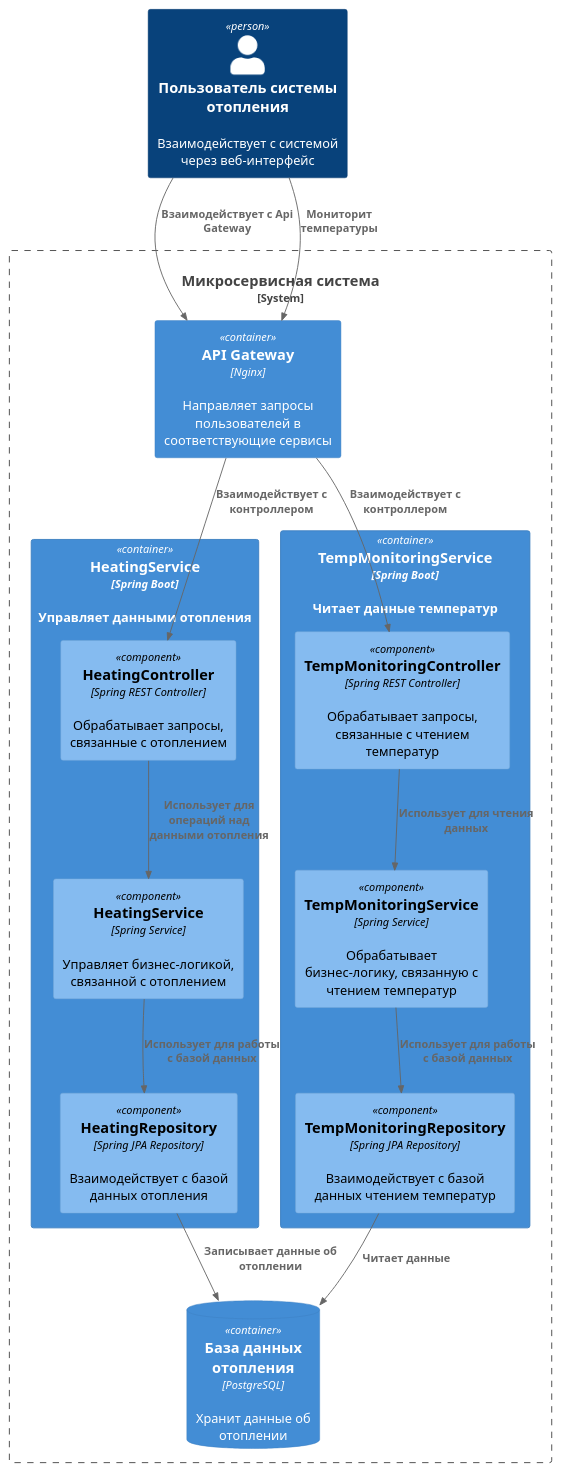
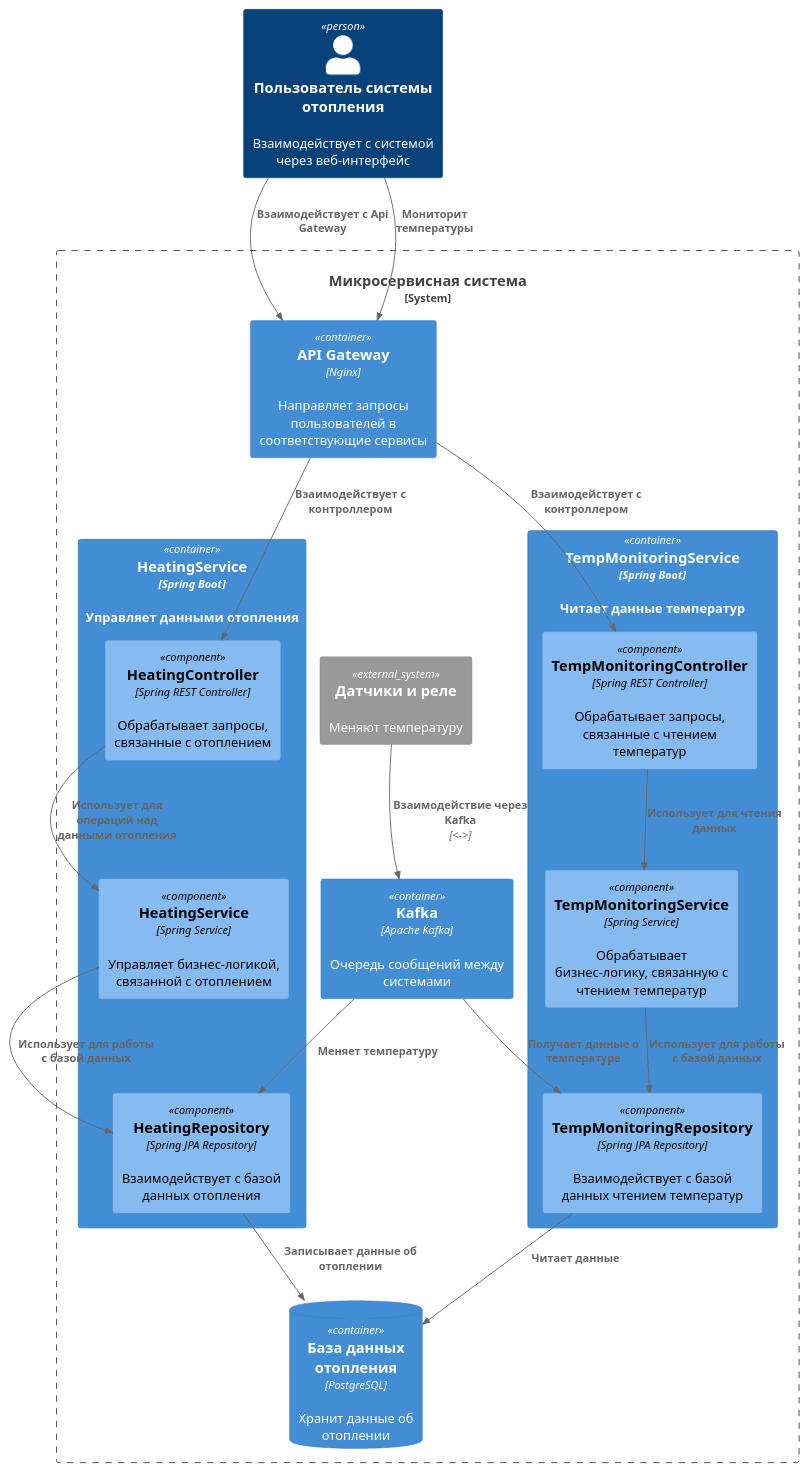
Before and after one commit to Apelsins/architecture-sprint-3: the diagram in diagrams/task2/Home_Component.puml, drawn with PlantUML. The commit also changed 5 other files, not shown here.

```diff
--- a/diagrams/task2/Home_Component.puml
+++ b/diagrams/task2/Home_Component.puml
@@ -1,37 +1,44 @@
 @startuml
 !include ./../C4_Component.puml
 
 Person(heating, "Пользователь системы отопления", "Взаимодействует с системой через веб-интерфейс")
 
 System_Boundary(c1, "Микросервисная система") {
 
     Container(apiGateway, "API Gateway", "Nginx", "Направляет запросы пользователей в соответствующие сервисы")
 
     Container(heatingServiceApp, "HeatingService", "Spring Boot", "Управляет данными отопления") {
         Component(heatingController, "HeatingController", "Spring REST Controller", "Обрабатывает запросы, связанные с отоплением")
         Component(heatingService, "HeatingService", "Spring Service", "Управляет бизнес-логикой, связанной с отоплением")
         Component(heatingRepository, "HeatingRepository", "Spring JPA Repository", "Взаимодействует с базой данных отопления")
     }
 
     Container(tempMonitoringServiceApp, "TempMonitoringService", "Spring Boot", "Читает данные температур") {
         Component(tempMonitoringController, "TempMonitoringController", "Spring REST Controller", "Обрабатывает запросы, связанные с чтением температур")
         Component(tempMonitoringService, "TempMonitoringService", "Spring Service", "Обрабатывает бизнес-логику, связанную с чтением температур")
         Component(tempMonitoringRepository, "TempMonitoringRepository", "Spring JPA Repository", "Взаимодействует с базой данных чтением температур")
     }
 
     ContainerDb(heatingDatabase, "База данных отопления", "PostgreSQL", "Хранит данные об отоплении")
+    Container(messageBroker, "Kafka", "Apache Kafka", "Очередь сообщений между системами")
+
+    System_Ext(sensorSystem, "Датчики и реле", "Меняют температуру")
 }
 
 Rel(heating, apiGateway, "Взаимодействует с Api Gateway")
 Rel(apiGateway, heatingController, "Взаимодействует с контроллером")
 Rel(heatingController, heatingService, "Использует для операций над данными отопления")
 Rel(heatingService, heatingRepository, "Использует для работы с базой данных")
 Rel(heatingRepository, heatingDatabase, "Записывает данные об отоплении")
 
 Rel(heating, apiGateway, "Мониторит температуры")
 Rel(apiGateway, tempMonitoringController, "Взаимодействует с контроллером")
 Rel(tempMonitoringController, tempMonitoringService, "Использует для чтения данных")
 Rel(tempMonitoringService, tempMonitoringRepository, "Использует для работы с базой данных")
 Rel(tempMonitoringRepository, heatingDatabase, "Читает данные")
 
+Rel(sensorSystem, messageBroker, "Взаимодействие через Kafka", "<->")
+Rel(messageBroker, heatingRepository, "Меняет температуру")
+Rel(messageBroker, tempMonitoringRepository, "Получает данные о температуре")
+
 @enduml
```
